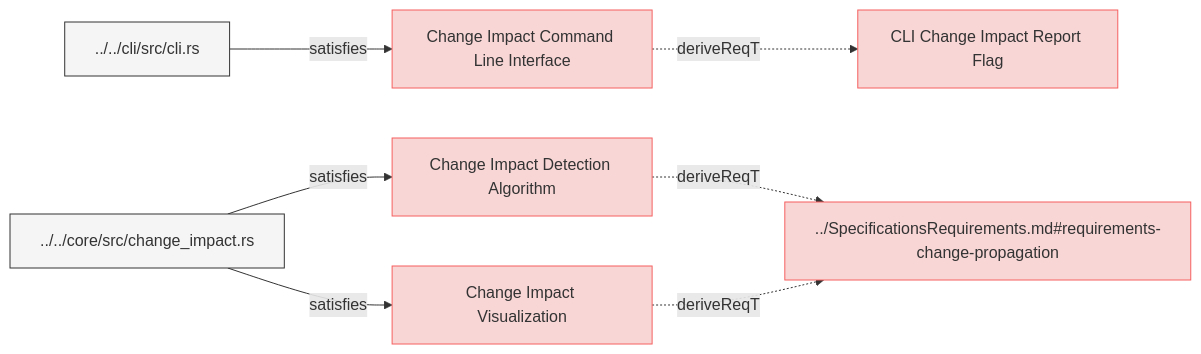
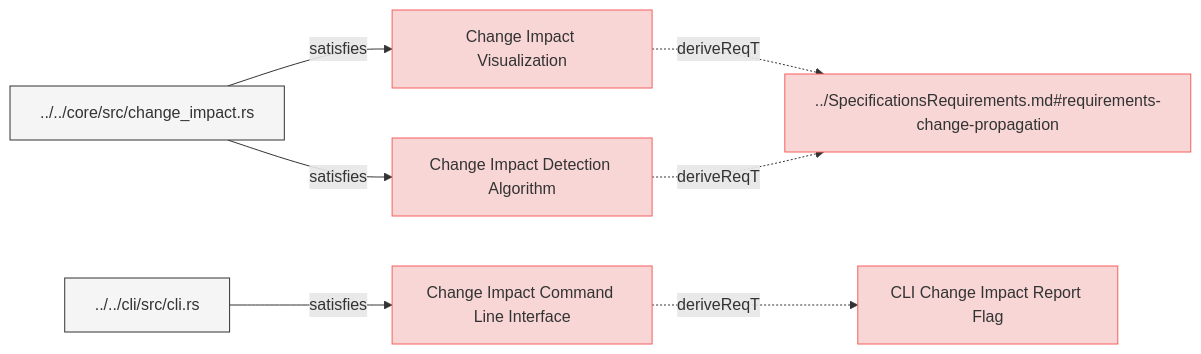
The diagram in specifications/SystemRequirements/ChangeImpactPropagation.md (reqvire-org/reqvire), drawn with Mermaid before and after one commit. The commit also changed 56 other files, not shown here.

````diff
--- a/specifications/SystemRequirements/ChangeImpactPropagation.md
+++ b/specifications/SystemRequirements/ChangeImpactPropagation.md
@@ -6,36 +6,36 @@
 ```mermaid
 graph LR;
   %% Graph styling
   classDef requirement fill:#f9d6d6,stroke:#f55f5f,stroke-width:1px;
   classDef verification fill:#d6f9d6,stroke:#5fd75f,stroke-width:1px;
   classDef externalLink fill:#d0e0ff,stroke:#3080ff,stroke-width:1px;
   classDef default fill:#f5f5f5,stroke:#333333,stroke-width:1px;
 
+  c23729cc550de84b["Change Impact Visualization"];
+  click c23729cc550de84b "https://github.com/ilijaljubicic/ReqFlow/blob/29a17f176519a28e973567d4102beb95f41075ed/specifications/SystemRequirements/ChangeImpactPropagation.md#change-impact-visualization";
+  class c23729cc550de84b requirement;
+  745439d5fc0154d1["../SpecificationsRequirements.md#requirements-change-propagation"];
+  class 745439d5fc0154d1 requirement;
+  click 745439d5fc0154d1 "https://github.com/ilijaljubicic/ReqFlow/blob/29a17f176519a28e973567d4102beb95f41075ed/specifications/SpecificationsRequirements.md#requirements-change-propagation";
+  c23729cc550de84b -.->|deriveReqT| 745439d5fc0154d1;
+  cc976e6bcded86e7["../../core/src/change_impact.rs"];
+  class cc976e6bcded86e7 default;
+  click cc976e6bcded86e7 "https://github.com/ilijaljubicic/ReqFlow/blob/29a17f176519a28e973567d4102beb95f41075ed/core/src/change_impact.rs";
+  cc976e6bcded86e7 -->|satisfies| c23729cc550de84b;
+  d17b0775f448b19b["Change Impact Detection Algorithm"];
+  click d17b0775f448b19b "https://github.com/ilijaljubicic/ReqFlow/blob/29a17f176519a28e973567d4102beb95f41075ed/specifications/SystemRequirements/ChangeImpactPropagation.md#change-impact-detection-algorithm";
+  class d17b0775f448b19b requirement;
+  d17b0775f448b19b -.->|deriveReqT| 745439d5fc0154d1;
+  cc976e6bcded86e7 -->|satisfies| d17b0775f448b19b;
   6e747b7f03732873["Change Impact Command Line Interface"];
-  click 6e747b7f03732873 "https://github.com/ilijaljubicic/ReqFlow/blob/a94231473c9a4a56fe21608ebd13787e0cc3f2dc/specifications/SystemRequirements/ChangeImpactPropagation.md#change-impact-command-line-interface";
+  click 6e747b7f03732873 "https://github.com/ilijaljubicic/ReqFlow/blob/29a17f176519a28e973567d4102beb95f41075ed/specifications/SystemRequirements/ChangeImpactPropagation.md#change-impact-command-line-interface";
   class 6e747b7f03732873 requirement;
   665b7456c9b61ded["CLI Change Impact Report Flag"];
   class 665b7456c9b61ded requirement;
-  click 665b7456c9b61ded "https://github.com/ilijaljubicic/ReqFlow/blob/a94231473c9a4a56fe21608ebd13787e0cc3f2dc/specifications/SystemRequirements/Requirements.md#cli-change-impact-report-flag";
+  click 665b7456c9b61ded "https://github.com/ilijaljubicic/ReqFlow/blob/29a17f176519a28e973567d4102beb95f41075ed/specifications/SystemRequirements/Requirements.md#cli-change-impact-report-flag";
   6e747b7f03732873 -.->|deriveReqT| 665b7456c9b61ded;
   11ffc4632afd7c4c["../../cli/src/cli.rs"];
   class 11ffc4632afd7c4c default;
-  click 11ffc4632afd7c4c "https://github.com/ilijaljubicic/ReqFlow/blob/a94231473c9a4a56fe21608ebd13787e0cc3f2dc/cli/src/cli.rs";
+  click 11ffc4632afd7c4c "https://github.com/ilijaljubicic/ReqFlow/blob/29a17f176519a28e973567d4102beb95f41075ed/cli/src/cli.rs";
   11ffc4632afd7c4c -->|satisfies| 6e747b7f03732873;
-  d17b0775f448b19b["Change Impact Detection Algorithm"];
-  click d17b0775f448b19b "https://github.com/ilijaljubicic/ReqFlow/blob/a94231473c9a4a56fe21608ebd13787e0cc3f2dc/specifications/SystemRequirements/ChangeImpactPropagation.md#change-impact-detection-algorithm";
-  class d17b0775f448b19b requirement;
-  745439d5fc0154d1["../SpecificationsRequirements.md#requirements-change-propagation"];
-  class 745439d5fc0154d1 requirement;
-  click 745439d5fc0154d1 "https://github.com/ilijaljubicic/ReqFlow/blob/a94231473c9a4a56fe21608ebd13787e0cc3f2dc/specifications/SpecificationsRequirements.md#requirements-change-propagation";
-  d17b0775f448b19b -.->|deriveReqT| 745439d5fc0154d1;
-  cc976e6bcded86e7["../../core/src/change_impact.rs"];
-  class cc976e6bcded86e7 default;
-  click cc976e6bcded86e7 "https://github.com/ilijaljubicic/ReqFlow/blob/a94231473c9a4a56fe21608ebd13787e0cc3f2dc/core/src/change_impact.rs";
-  cc976e6bcded86e7 -->|satisfies| d17b0775f448b19b;
-  c23729cc550de84b["Change Impact Visualization"];
-  click c23729cc550de84b "https://github.com/ilijaljubicic/ReqFlow/blob/a94231473c9a4a56fe21608ebd13787e0cc3f2dc/specifications/SystemRequirements/ChangeImpactPropagation.md#change-impact-visualization";
-  class c23729cc550de84b requirement;
-  c23729cc550de84b -.->|deriveReqT| 745439d5fc0154d1;
-  cc976e6bcded86e7 -->|satisfies| c23729cc550de84b;
 ```
````
